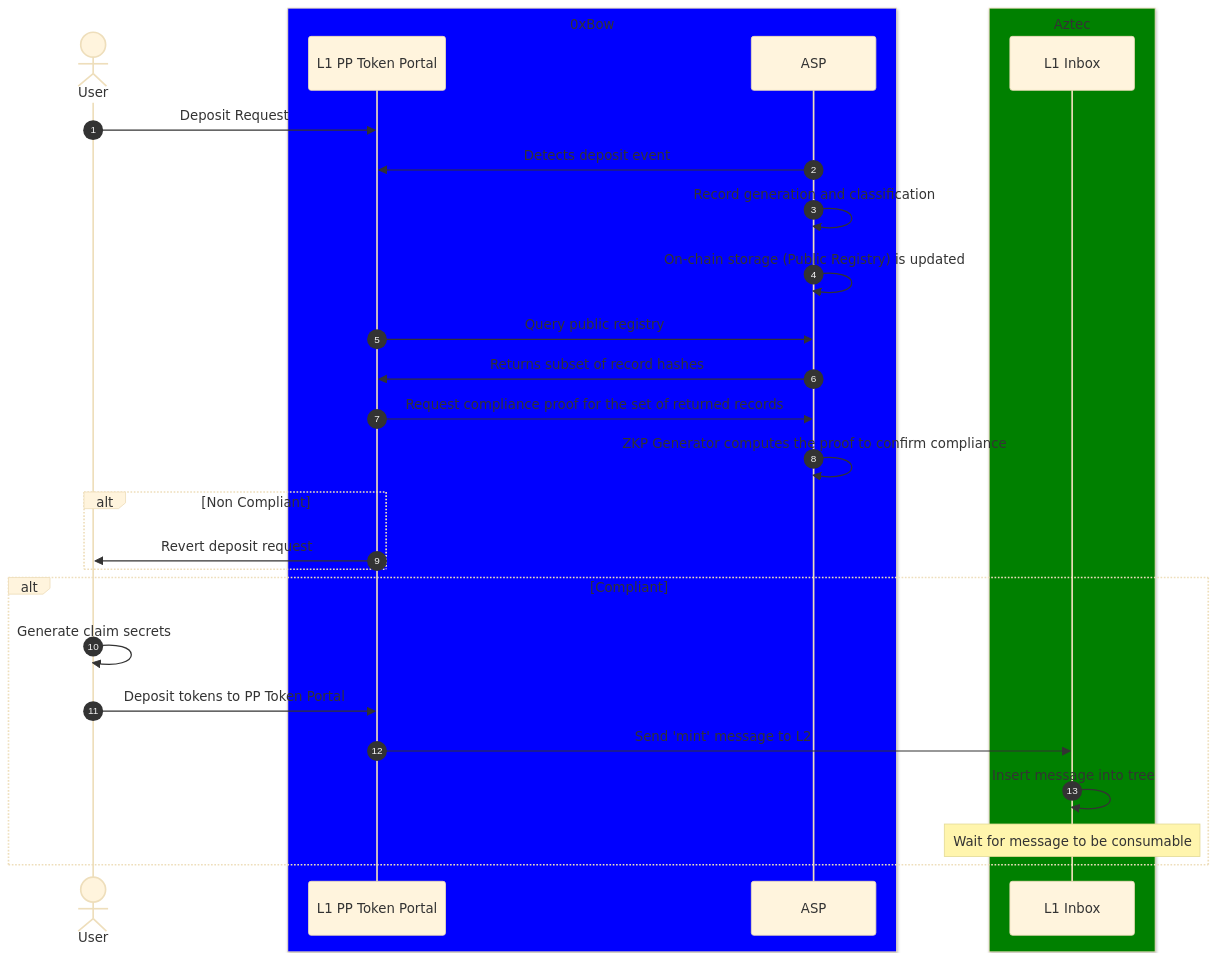
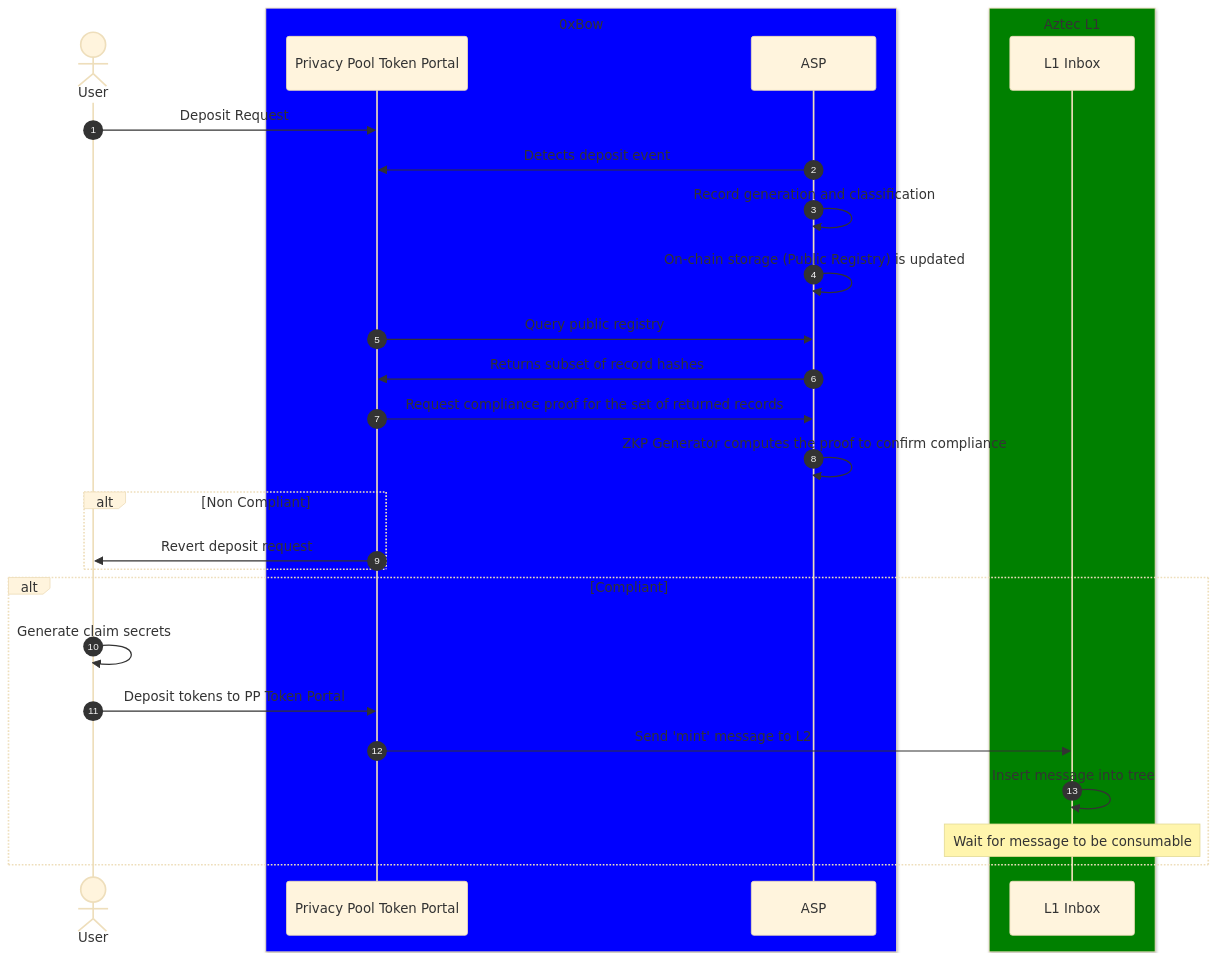
The first of 2 diagrams in docs/assets/sequence.md (0xbow-io/asp-aztec-bridge), drawn with Mermaid (base theme) before and after one commit. The commit also changed other lines of this file, not shown here.

Commit message:
docs(sequence.md): Adjusted participant names for better clarity

````diff
--- a/docs/assets/sequence.md
+++ b/docs/assets/sequence.md
@@ -7,34 +10,34 @@
 ``` mermaid
 sequenceDiagram
     autonumber
     actor User
     box Blue 0xBow
-    participant L1 PP Token Portal
+    participant Privacy Pool Token Portal
     participant ASP
     end
     
-    box Green Aztec
+    box Green Aztec L1
     participant L1 Inbox
     
     end
-    User->>L1 PP Token Portal: Deposit Request
-    ASP->>L1 PP Token Portal: Detects deposit event
+    User->>Privacy Pool Token Portal: Deposit Request
+    ASP->>Privacy Pool Token Portal: Detects deposit event
     ASP->>ASP: Record generation and classification
     ASP->>ASP: On-chain storage (Public Registry) is updated
-    L1 PP Token Portal->>ASP: Query public registry
-    ASP->>L1 PP Token Portal: Returns subset of record hashes
-    L1 PP Token Portal->>ASP: Request compliance proof for the set of returned records
+    Privacy Pool Token Portal->>ASP: Query public registry
+    ASP->>Privacy Pool Token Portal: Returns subset of record hashes
+    Privacy Pool Token Portal->>ASP: Request compliance proof for the set of returned records
     ASP->>ASP: ZKP Generator computes the proof to confirm compliance
     alt Non Compliant
-        L1 PP Token Portal->>User: Revert deposit request
+        Privacy Pool Token Portal->>User: Revert deposit request
     end
     alt Compliant
         User->>User: Generate claim secrets
-        User->>L1 PP Token Portal: Deposit tokens to PP Token Portal
-        L1 PP Token Portal->>L1 Inbox: Send 'mint' message to L2
+        User->>Privacy Pool Token Portal: Deposit tokens to PP Token Portal
+        Privacy Pool Token Portal->>L1 Inbox: Send 'mint' message to L2
         L1 Inbox->>L1 Inbox: Insert message into tree
         Note over L1 Inbox: Wait for message to be consumable
         
     end
 
 ```
````
